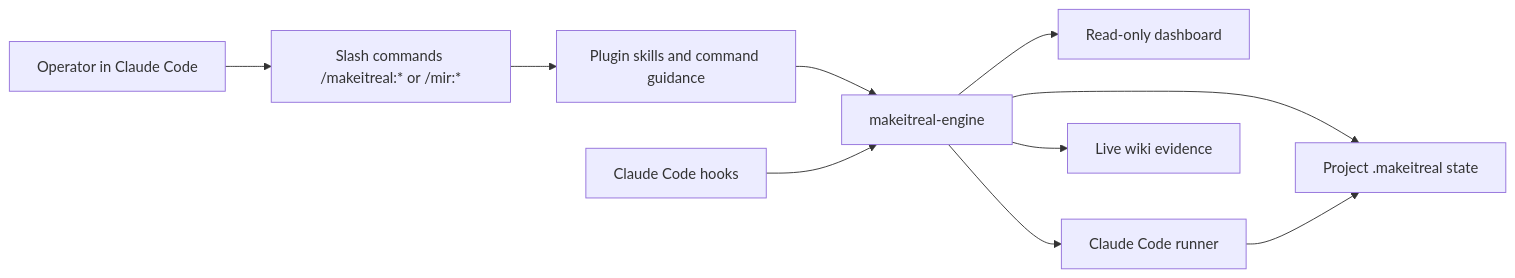
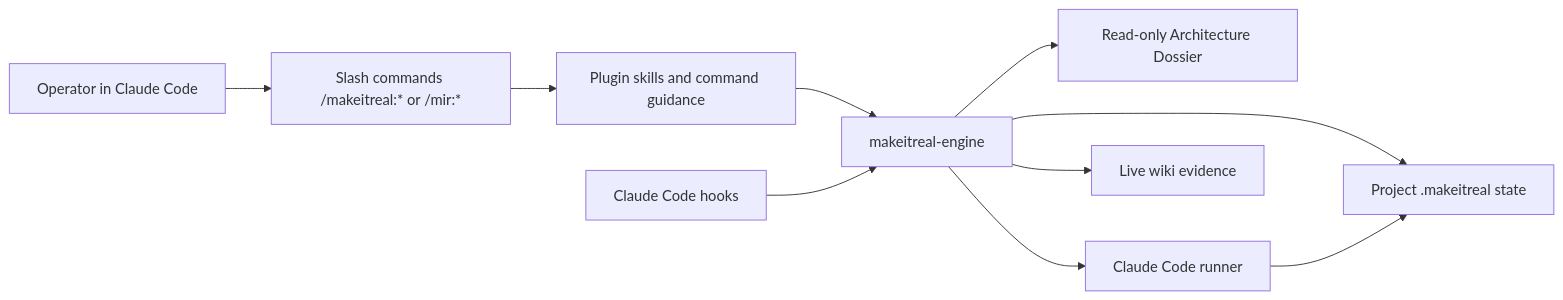
One commit to mir-makeitreal/makeitreal changed the first of 2 diagrams in docs/architecture.md. Above: the diagram before and after it, drawn with Mermaid. The commit also changed other lines of this file and 9 other files, not shown here.

````diff
--- a/docs/architecture.md
+++ b/docs/architecture.md
@@ -15,22 +15,22 @@
 ```mermaid
 flowchart LR
   User[Operator in Claude Code]
   Slash[Slash commands /makeitreal:* or /mir:*]
   Skills[Plugin skills and command guidance]
   Hooks[Claude Code hooks]
   Engine[makeitreal-engine]
   State[Project .makeitreal state]
-  Dashboard[Read-only dashboard]
+  Dossier[Read-only Architecture Dossier]
   Runner[Claude Code runner]
   Wiki[Live wiki evidence]
 
   User --> Slash
   Slash --> Skills
   Skills --> Engine
   Hooks --> Engine
   Engine --> State
-  Engine --> Dashboard
+  Engine --> Dossier
   Engine --> Runner
   Runner --> State
   Engine --> Wiki
 ```
````
